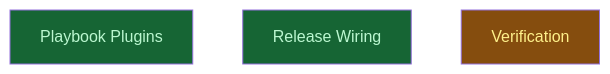
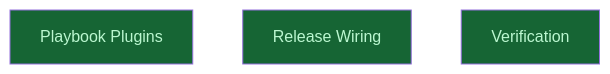
The diagram in __roadmap__/agent_plugin_nest/generator/rollout/README.md (CrackingShells/cracking-shells-playbook), drawn with Mermaid before and after one commit. The commit also changed other lines of this file and 5 other files, not shown here.

First line of the commit message:
chore(roadmap): close agent_plugin_nest — Nest serves the five plugins

````diff
--- a/__roadmap__/agent_plugin_nest/generator/rollout/README.md
+++ b/__roadmap__/agent_plugin_nest/generator/rollout/README.md
@@ -23,11 +23,11 @@
 ```mermaid
 graph TD
     playbook_plugins[Playbook Plugins]:::done
     release_wiring[Release Wiring]:::done
-    verify[Verification]:::inprogress
+    verify[Verification]:::done
     classDef done       fill:#166534,color:#bbf7d0
     classDef inprogress fill:#854d0e,color:#fef08a
     classDef planned    fill:#374151,color:#e5e7eb
     classDef amendment  fill:#1e3a5f,color:#bfdbfe
     classDef blocked    fill:#7f1d1d,color:#fecaca
 ```
````
